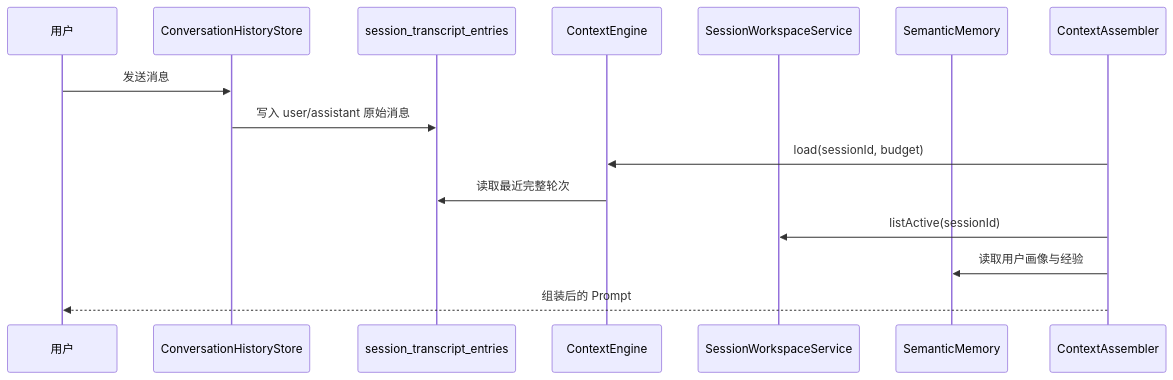
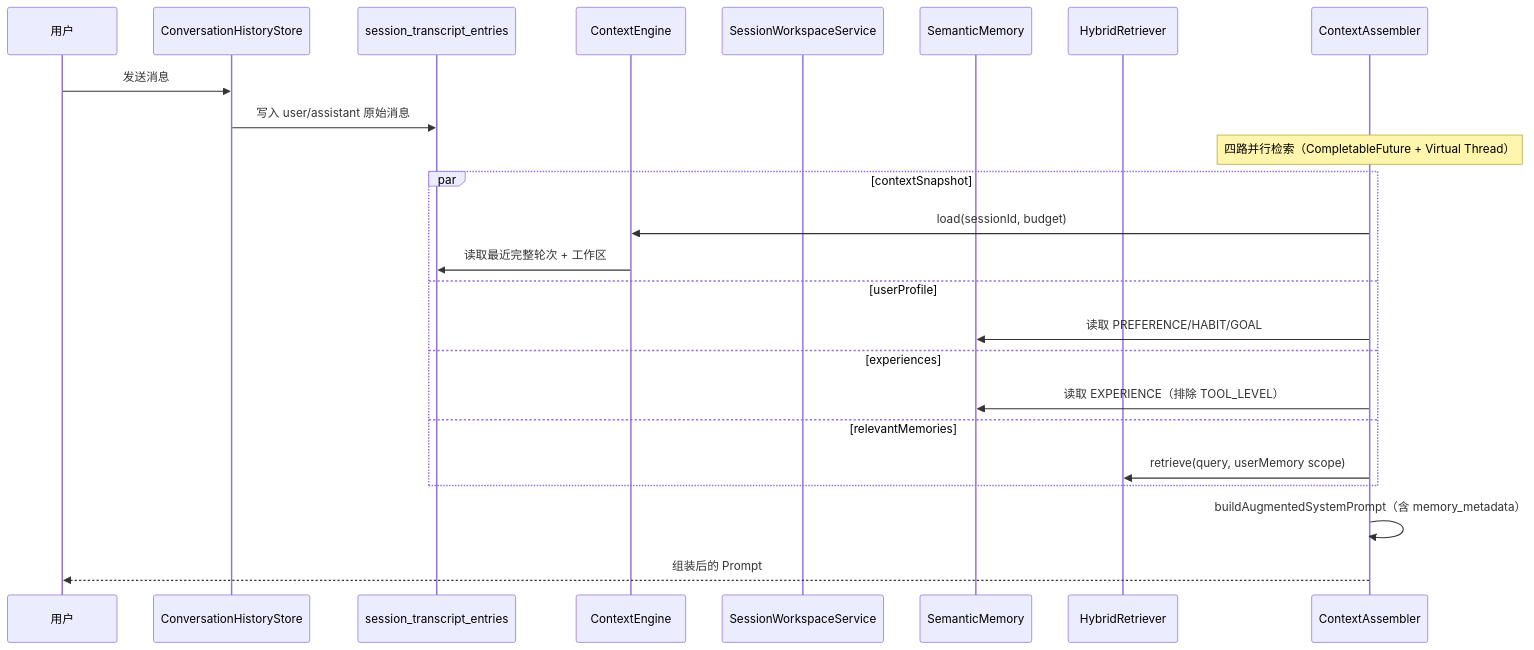
Before and after one commit to ntygod/LifePilot: the second of 4 diagrams in docs/architecture/memory-system.md, drawn with Mermaid. The commit also changed other lines of this file and 22 other files, not shown here.

````diff
--- a/docs/architecture/memory-system.md
+++ b/docs/architecture/memory-system.md
@@ -165,18 +173,27 @@
 ```mermaid
 sequenceDiagram
     participant U as 用户
     participant CHS as ConversationHistoryStore
     participant DB as session_transcript_entries
     participant CE as ContextEngine
     participant SWS as SessionWorkspaceService
     participant SM as SemanticMemory
+    participant HR as HybridRetriever
     participant CA as ContextAssembler
 
     U->>CHS: 发送消息
     CHS->>DB: 写入 user/assistant 原始消息
-    CA->>CE: load(sessionId, budget)
-    CE->>DB: 读取最近完整轮次
-    CA->>SWS: listActive(sessionId)
-    CA->>SM: 读取用户画像与经验
+    Note over CA: 四路并行检索（CompletableFuture + Virtual Thread）
+    par contextSnapshot
+        CA->>CE: load(sessionId, budget)
+        CE->>DB: 读取最近完整轮次 + 工作区
+    and userProfile
+        CA->>SM: 读取 PREFERENCE/HABIT/GOAL
+    and experiences
+        CA->>SM: 读取 EXPERIENCE（排除 TOOL_LEVEL）
+    and relevantMemories
+        CA->>HR: retrieve(query, userMemory scope)
+    end
+    CA->>CA: buildAugmentedSystemPrompt（含 memory_metadata）
     CA-->>U: 组装后的 Prompt
 ```
````
